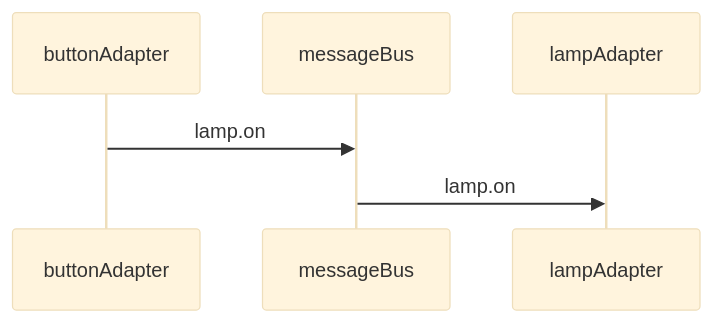
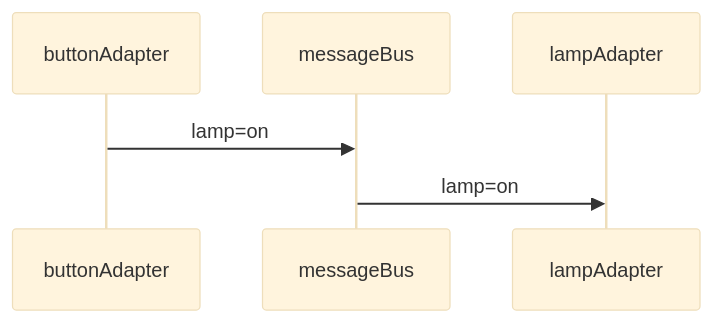
The second of 2 diagrams in documentation/languageGuide.md (sodacan-net/sodacan-core), drawn with Mermaid (base theme) before and after one commit. The commit also changed other lines of this file and 7 other files, not shown here.

````diff
--- a/documentation/languageGuide.md
+++ b/documentation/languageGuide.md
@@ -361,6 +358,6 @@
 ```mermaid
 sequenceDiagram
-    buttonAdapter->>messageBus: lamp.on
-    messageBus->>lampAdapter: lamp.on
+    buttonAdapter->>messageBus: lamp=on
+    messageBus->>lampAdapter: lamp=on
     
 ```
````
